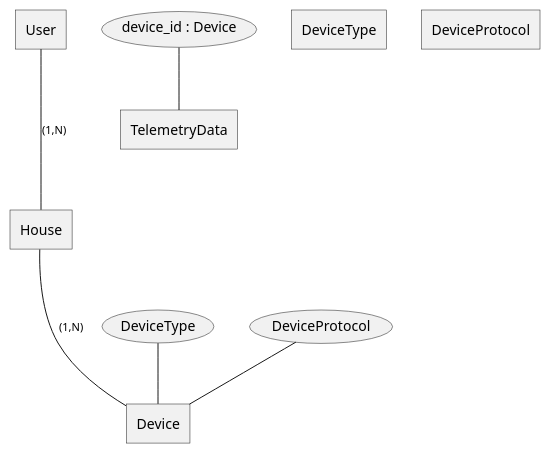
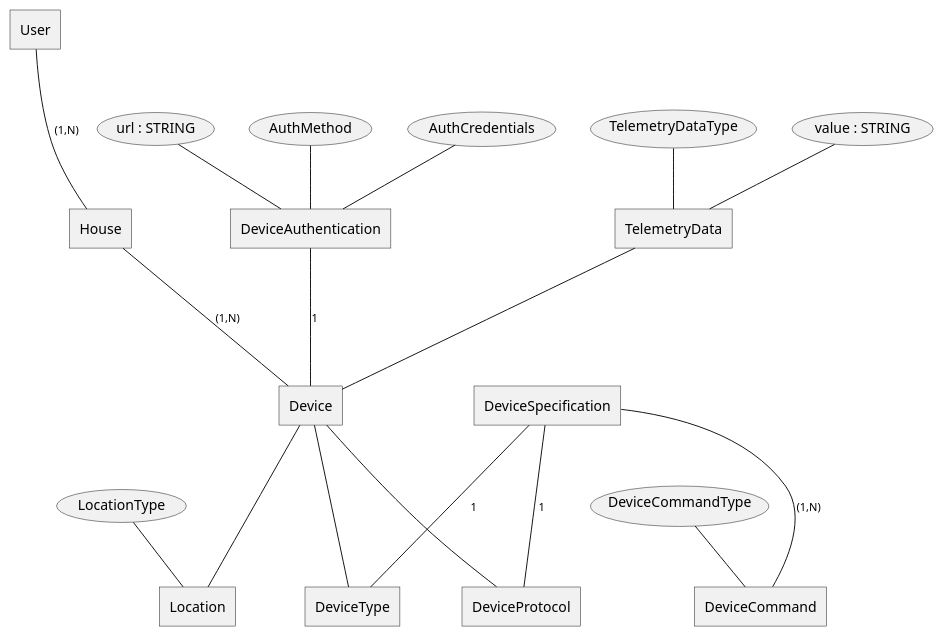
The diagram in docs/C4/To Be ER Diagram.puml (bezdelnique/ydnx-arch-sprint1), drawn with PlantUML before and after one commit.

Commit message:
To Be C4 diagrams

```diff
--- a/docs/C4/To Be ER Diagram.puml
+++ b/docs/C4/To Be ER Diagram.puml
@@ -1,32 +1,58 @@
 @startchen
 
 entity User {
-
 }
 
 entity House {
+}
 
+entity Location {
+    LocationType
 }
 
 entity Device {
-    DeviceType
-    DeviceProtocol
 }
 
-entity TelemetryData {
-    device_id : Device
+entity DeviceAuthentication {
+    url : STRING
+    AuthMethod
+    AuthCredentials
 }
 
 entity DeviceType {
+
 }
 
 entity DeviceProtocol {
 }
 
+entity DeviceCommand {
+    DeviceCommandType
+}
+
+entity DeviceSpecification {
+
+}
+
+
+entity TelemetryData {
+    TelemetryDataType
+    value : STRING
+}
 
 User -(1,N)- House
 House -(1,N)- Device
 
+Device -- DeviceType
+Device -- DeviceProtocol
+Device -- Location
+
+DeviceSpecification -(1,N)- DeviceCommand
+DeviceSpecification -1- DeviceProtocol
+DeviceSpecification -1- DeviceType
+
+DeviceAuthentication -1- Device
+TelemetryData -- Device
 
 
 @endchen
```
